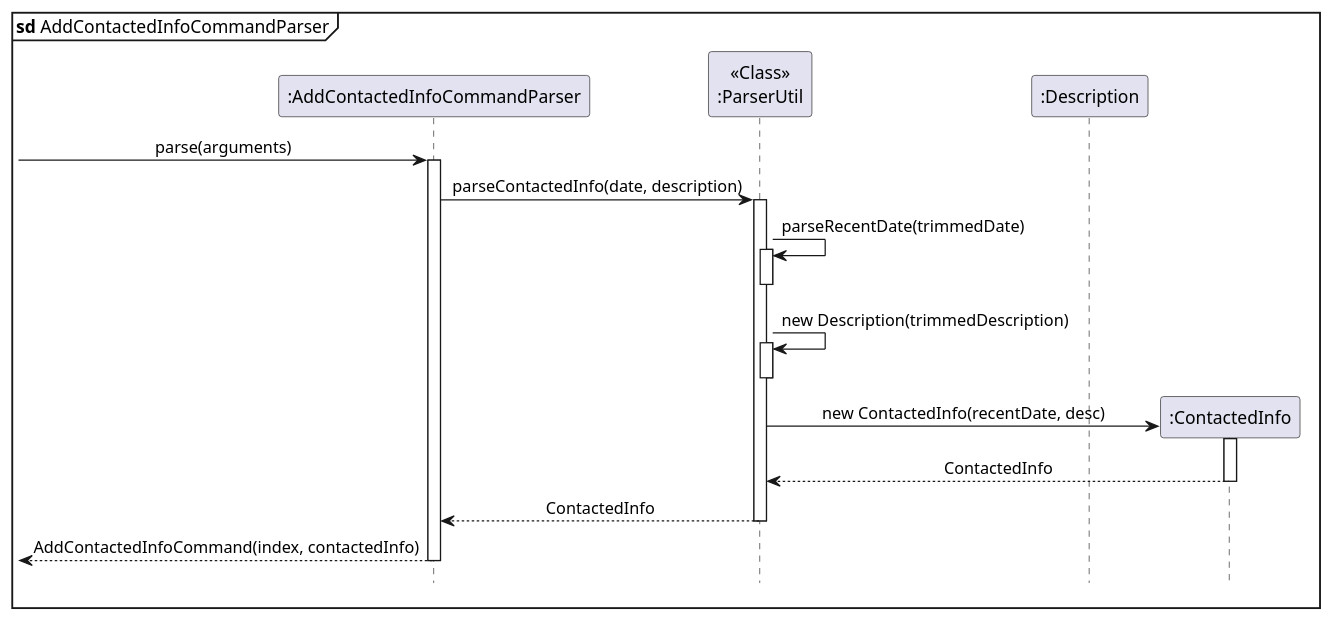
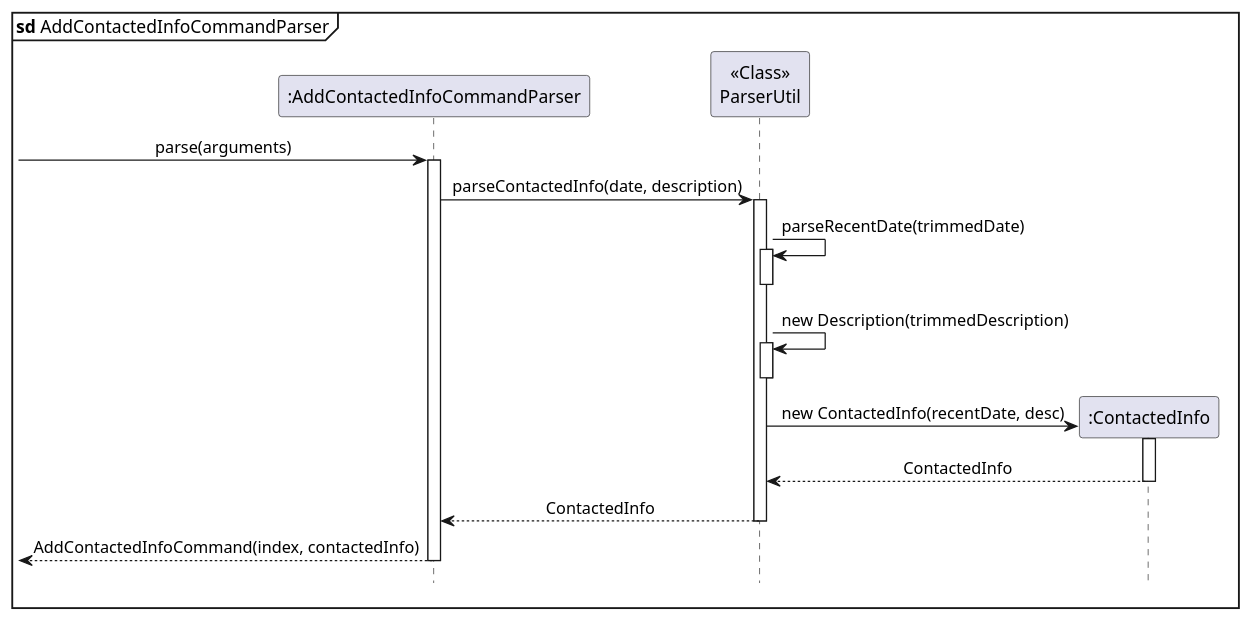
Before and after one commit to pyk595/tp: the diagram in docs/diagrams/AddContactedInfoCommandParserSeqDiagram.puml, drawn with PlantUML. The commit also changed 1 other file, not shown here.

Commit message:
Update diagram

```diff
--- a/docs/diagrams/AddContactedInfoCommandParserSeqDiagram.puml
+++ b/docs/diagrams/AddContactedInfoCommandParserSeqDiagram.puml
@@ -1,46 +1,45 @@
 @startuml
 'https://plantuml.com/sequence-diagram
 
 mainframe **sd** AddContactedInfoCommandParser
 hide footbox
 
 skinparam Sequence {
     MessageAlign center
     BoxFontSize 15
     BoxPadding 0
     BoxFontColor #FFFFFF
     FontName Arial
 }
 
 participant ":AddContactedInfoCommandParser" as AddContactedInfoCommandParser
-participant "<<Class>>\n:ParserUtil" as ParserUtil
-participant ":Description" as Description
+participant "<<Class>>\nParserUtil" as ParserUtil
 participant ":ContactedInfo" as ContactedInfo
 
 -> AddContactedInfoCommandParser : parse(arguments)
 
 activate AddContactedInfoCommandParser
 AddContactedInfoCommandParser -> ParserUtil : parseContactedInfo(date, description)
 activate ParserUtil
 
 ParserUtil -> ParserUtil : parseRecentDate(trimmedDate)
 activate ParserUtil
 deactivate ParserUtil
 
 ParserUtil -> ParserUtil : new Description(trimmedDescription)
 activate ParserUtil
 deactivate ParserUtil
 
 Create ContactedInfo
 ParserUtil -> ContactedInfo : new ContactedInfo(recentDate, desc)
 activate ContactedInfo
 
 ContactedInfo --> ParserUtil : ContactedInfo
 deactivate ContactedInfo
 
 ParserUtil --> AddContactedInfoCommandParser : ContactedInfo
 deactivate ParserUtil
 
 <-- AddContactedInfoCommandParser: AddContactedInfoCommand(index, contactedInfo)
 deactivate AddContactedInfoCommandParser
 @enduml
```
